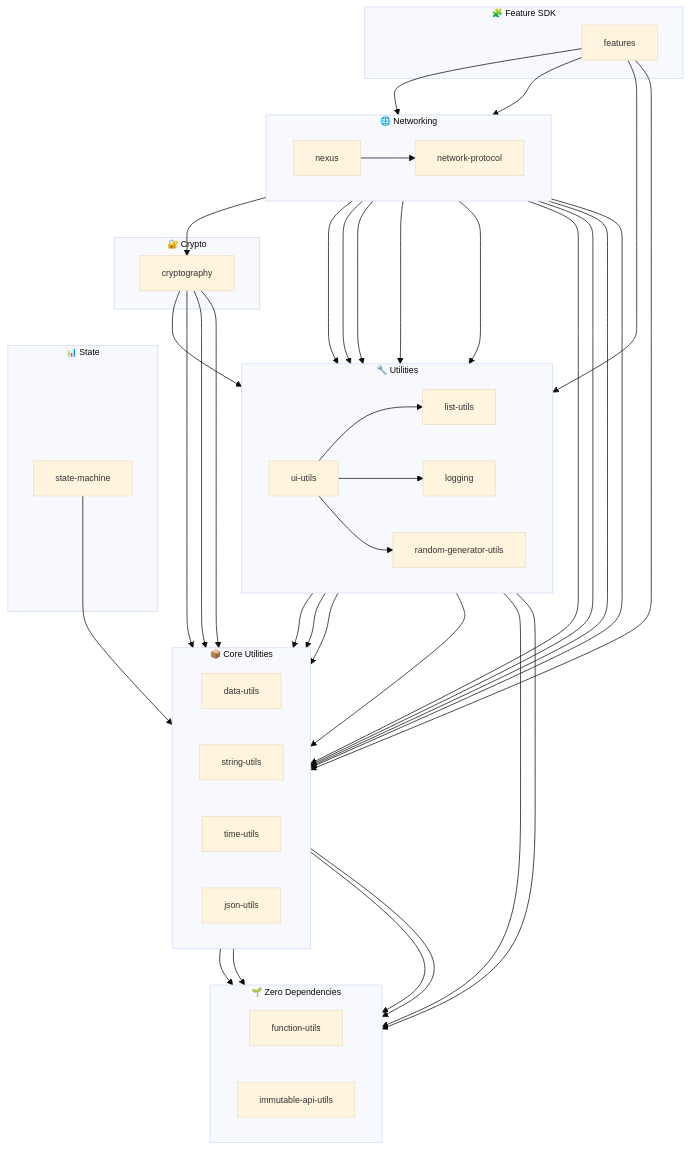
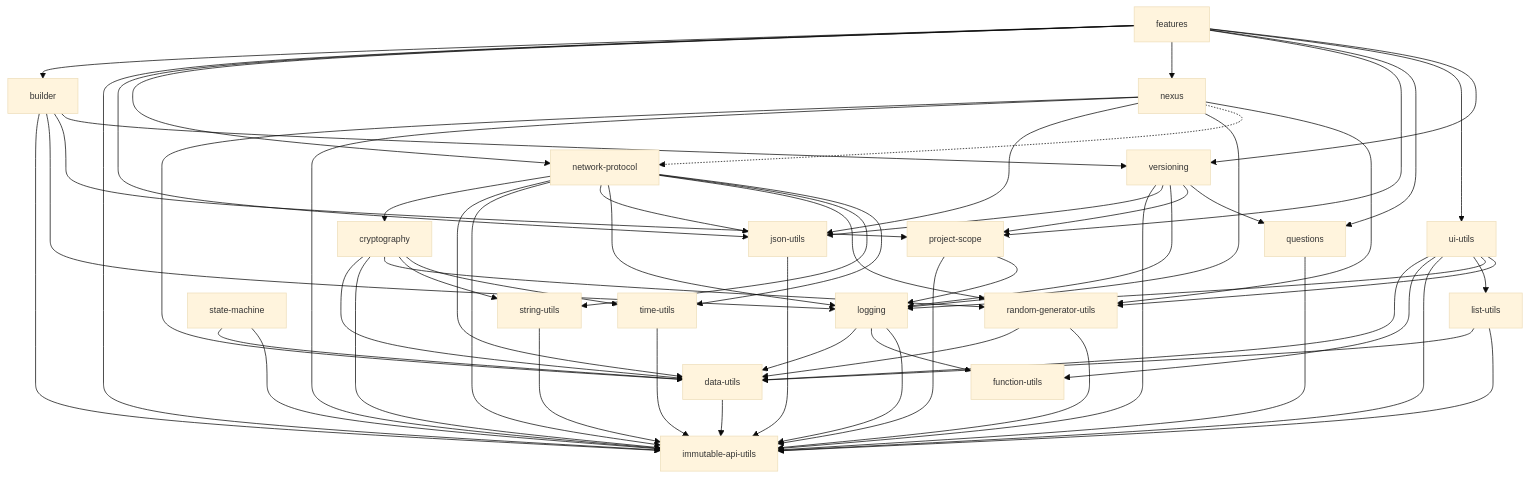
One commit to AndrewRedican/hyperfrontend changed the diagram in LIBRARY_COMPATIBILITY.md. Above: the diagram before and after it, drawn with Mermaid. The commit also changed other lines of this file and 8 other files, not shown here.

````diff
--- a/LIBRARY_COMPATIBILITY.md
+++ b/LIBRARY_COMPATIBILITY.md
@@ -321,87 +115,82 @@
     fontSize: 12px
 ---
 flowchart TB
-    subgraph ZERO["🌱 Zero Dependencies"]
-        direction LR
-        function-utils
-        immutable-api-utils
-    end
-
-    subgraph CORE["📦 Core Utilities"]
-        direction LR
-        data-utils
-        string-utils
-        time-utils
-        json-utils
-    end
-
-    subgraph UTILS["🔧 Utilities"]
-        direction LR
-        list-utils
-        random-generator-utils
-        logging
-        ui-utils
-    end
-
-    subgraph STATE["📊 State"]
-        state-machine
-    end
-
-    subgraph CRYPTO["🔐 Crypto"]
-        cryptography
-    end
-
-    subgraph NET["🌐 Networking"]
-        direction LR
-        network-protocol
-        nexus
-    end
-
-    subgraph SDK["🧩 Feature SDK"]
-        features
-    end
-
-    %% Core utilities depend on immutable-api-utils
-    data-utils --> immutable-api-utils
-    string-utils --> immutable-api-utils
-    time-utils --> immutable-api-utils
-    json-utils --> immutable-api-utils
-
-    %% Utilities layer
-    list-utils --> data-utils
-    random-generator-utils --> data-utils
-    logging --> data-utils
-    logging --> function-utils
-    state-machine --> data-utils
-    ui-utils --> data-utils
-    ui-utils --> function-utils
-    ui-utils --> list-utils
-    ui-utils --> logging
-    ui-utils --> random-generator-utils
-
-    %% Crypto layer
-    cryptography --> data-utils
-    cryptography --> random-generator-utils
-    cryptography --> string-utils
-    cryptography --> time-utils
-
-    %% Network layer
-    network-protocol --> cryptography
-    network-protocol --> logging
-    network-protocol --> json-utils
-    network-protocol --> list-utils
-    network-protocol --> random-generator-utils
-    network-protocol --> string-utils
-    network-protocol --> time-utils
-
-    nexus --> network-protocol
+    builder["builder"]
+    cryptography["cryptography"]
+    data_utils["data-utils"]
+    features["features"]
+    function_utils["function-utils"]
+    immutable_api_utils["immutable-api-utils"]
+    json_utils["json-utils"]
+    list_utils["list-utils"]
+    logging["logging"]
+    network_protocol["network-protocol"]
+    nexus["nexus"]
+    project_scope["project-scope"]
+    questions["questions"]
+    random_generator_utils["random-generator-utils"]
+    state_machine["state-machine"]
+    string_utils["string-utils"]
+    time_utils["time-utils"]
+    ui_utils["ui-utils"]
+    versioning["versioning"]
+    builder --> immutable_api_utils
+    builder --> logging
+    builder --> project_scope
+    builder --> versioning
+    cryptography --> data_utils
+    cryptography --> immutable_api_utils
+    cryptography --> random_generator_utils
+    cryptography --> string_utils
+    cryptography --> time_utils
+    data_utils --> immutable_api_utils
+    features --> builder
+    features --> immutable_api_utils
+    features --> json_utils
+    features --> network_protocol
+    features --> nexus
+    features --> project_scope
+    features --> questions
+    features --> ui_utils
+    features --> versioning
+    json_utils --> immutable_api_utils
+    list_utils --> data_utils
+    list_utils --> immutable_api_utils
+    logging --> data_utils
+    logging --> function_utils
+    logging --> immutable_api_utils
+    network_protocol --> cryptography
+    network_protocol --> data_utils
+    network_protocol --> immutable_api_utils
+    network_protocol --> json_utils
+    network_protocol --> logging
+    network_protocol --> random_generator_utils
+    network_protocol --> string_utils
+    network_protocol --> time_utils
+    nexus --> data_utils
+    nexus --> immutable_api_utils
+    nexus --> json_utils
     nexus --> logging
-    nexus --> json-utils
-    nexus --> random-generator-utils
-
-    %% Feature SDK layer
-    features --> nexus
-    features --> network-protocol
-    features --> json-utils
-    features --> ui-utils
+    nexus -.-> network_protocol
+    nexus --> random_generator_utils
+    project_scope --> immutable_api_utils
+    project_scope --> logging
+    questions --> immutable_api_utils
+    random_generator_utils --> data_utils
+    random_generator_utils --> immutable_api_utils
+    state_machine --> data_utils
+    state_machine --> immutable_api_utils
+    string_utils --> immutable_api_utils
+    time_utils --> immutable_api_utils
+    ui_utils --> data_utils
+    ui_utils --> function_utils
+    ui_utils --> immutable_api_utils
+    ui_utils --> list_utils
+    ui_utils --> logging
+    ui_utils --> random_generator_utils
+    versioning --> immutable_api_utils
+    versioning --> json_utils
+    versioning --> logging
+    versioning --> project_scope
+    versioning --> questions
 ```
````
